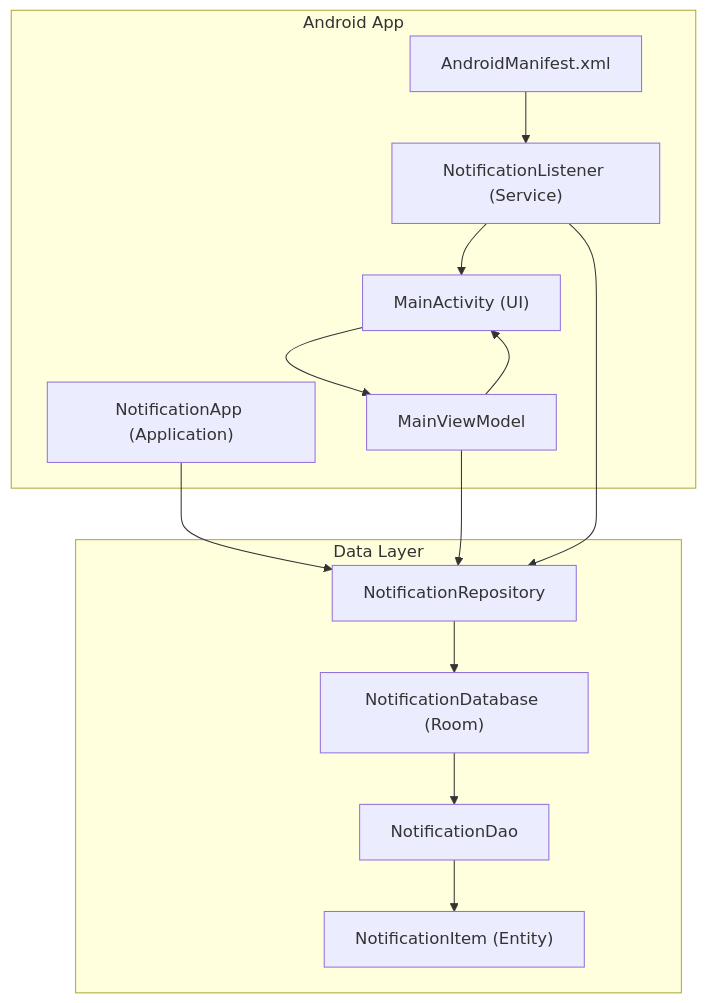
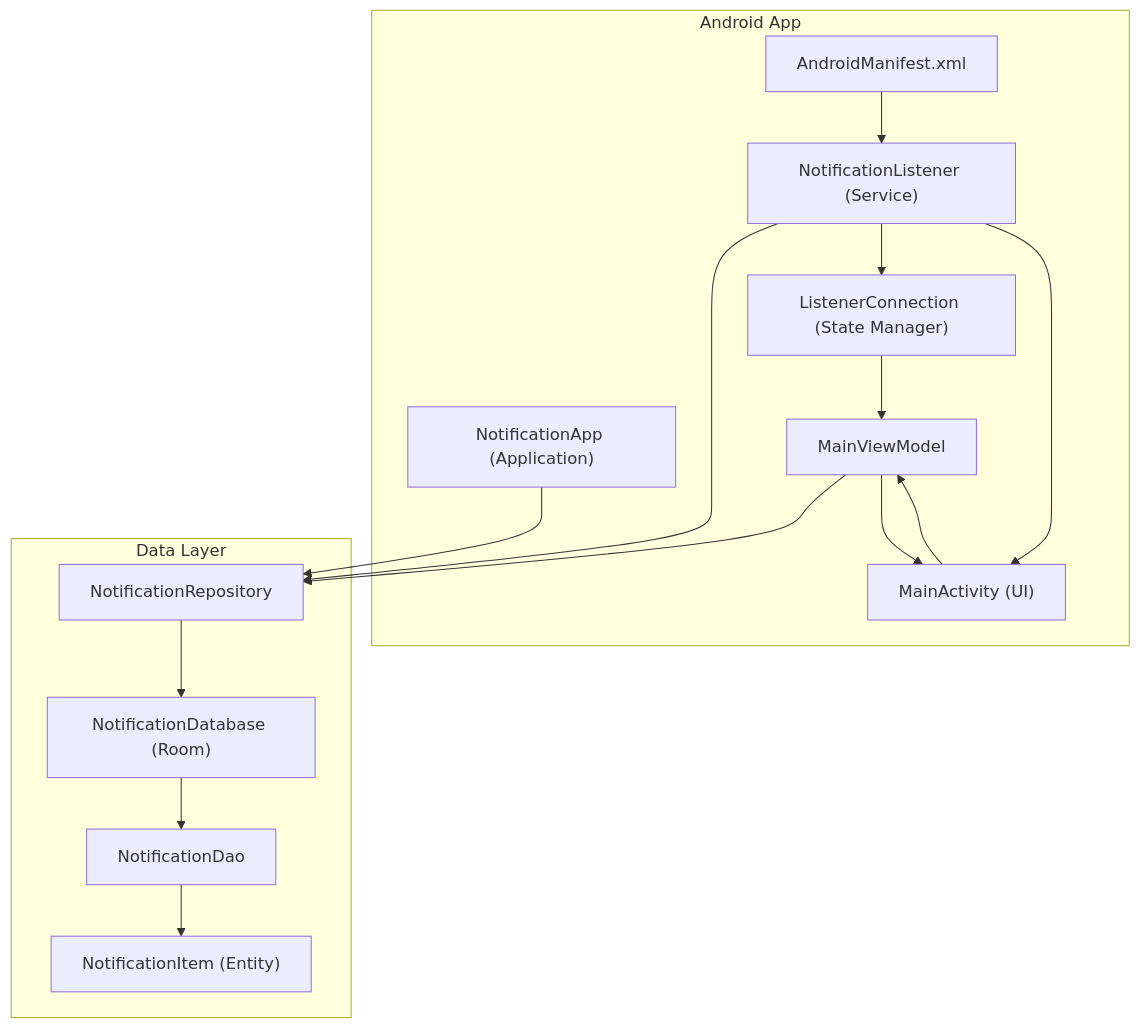
The first of 9 diagrams in .qoder/repowiki/en/content/API Reference/Service API.md (caldefoc/NotificationLog), drawn with Mermaid before and after one commit. The commit also changed other lines of this file and 13 other files, not shown here.

Commit message:
docs(repowiki): regenerate the project wiki for 1.2  Adds Search and Bulk Operations under Core Features and splits the single Service Layer page into a directory with a Connection State Management child page. No content is dropped; the old flat page is superseded in place.

````diff
--- a/.qoder/repowiki/en/content/API Reference/Service API.md
+++ b/.qoder/repowiki/en/content/API Reference/Service API.md
@@ -34,26 +46,29 @@
 ```mermaid
 graph TB
 subgraph "Android App"
 Manifest["AndroidManifest.xml"]
 App["NotificationApp (Application)"]
 Activity["MainActivity (UI)"]
 VM["MainViewModel"]
 Service["NotificationListener (Service)"]
+Conn["ListenerConnection (State Manager)"]
 end
 subgraph "Data Layer"
 Repo["NotificationRepository"]
 DB["NotificationDatabase (Room)"]
 DAO["NotificationDao"]
 Entity["NotificationItem (Entity)"]
 end
 Manifest --> Service
 App --> Repo
 Repo --> DB
 DB --> DAO
 DAO --> Entity
 Activity --> VM
 VM --> Repo
 Service --> Repo
+Service --> Conn
+Conn --> VM
 Service --> Activity
 VM --> Activity
 ```
````
